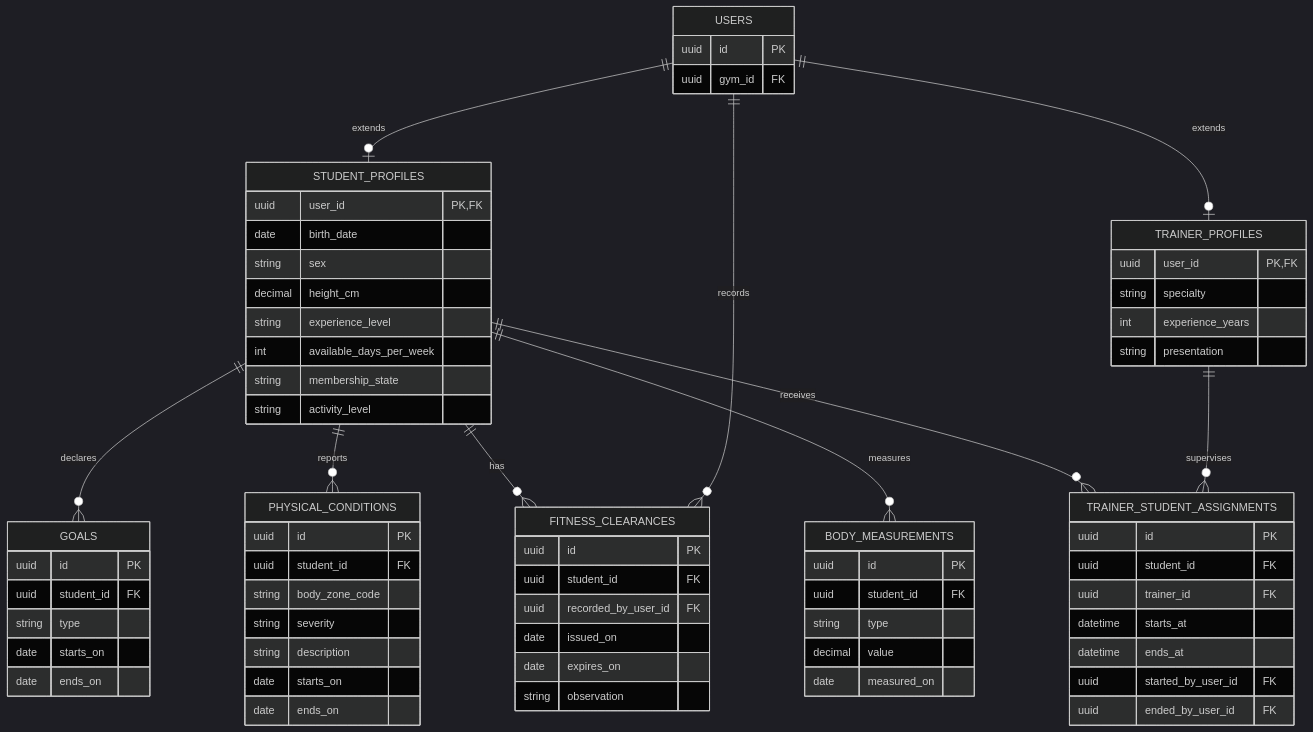
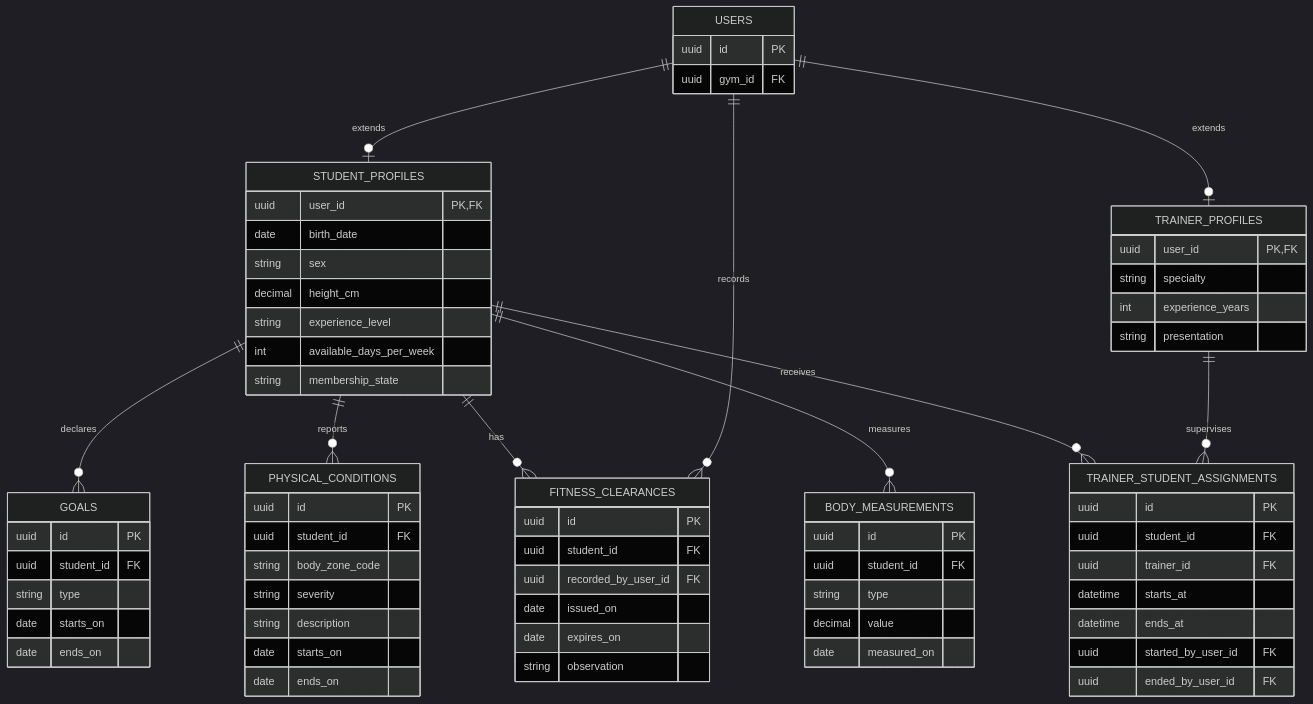
Before and after one commit to Maico-Zurbriggen/proyecto-gimnasio-documentacion: the third of 9 diagrams in architecture/database-relational-model.md, drawn with Mermaid (dark theme). The commit also changed other lines of this file and 12 other files, not shown here.

````diff
--- a/architecture/database-relational-model.md
+++ b/architecture/database-relational-model.md
@@ -138,73 +136,72 @@
 ```mermaid
 erDiagram
     USERS {
         uuid id PK
         uuid gym_id FK
     }
     STUDENT_PROFILES {
         uuid user_id PK,FK
         date birth_date
         string sex
         decimal height_cm
         string experience_level
         int available_days_per_week
         string membership_state
-        string activity_level
     }
     TRAINER_PROFILES {
         uuid user_id PK,FK
         string specialty
         int experience_years
         string presentation
     }
     GOALS {
         uuid id PK
         uuid student_id FK
         string type
         date starts_on
         date ends_on
     }
     PHYSICAL_CONDITIONS {
         uuid id PK
         uuid student_id FK
         string body_zone_code
         string severity
         string description
         date starts_on
         date ends_on
     }
     FITNESS_CLEARANCES {
         uuid id PK
         uuid student_id FK
         uuid recorded_by_user_id FK
         date issued_on
         date expires_on
         string observation
     }
     BODY_MEASUREMENTS {
         uuid id PK
         uuid student_id FK
         string type
         decimal value
         date measured_on
     }
     TRAINER_STUDENT_ASSIGNMENTS {
         uuid id PK
         uuid student_id FK
         uuid trainer_id FK
         datetime starts_at
         datetime ends_at
         uuid started_by_user_id FK
         uuid ended_by_user_id FK
     }
 
     USERS ||--o| STUDENT_PROFILES : extends
     USERS ||--o| TRAINER_PROFILES : extends
     STUDENT_PROFILES ||--o{ GOALS : declares
     STUDENT_PROFILES ||--o{ PHYSICAL_CONDITIONS : reports
     STUDENT_PROFILES ||--o{ FITNESS_CLEARANCES : has
     USERS ||--o{ FITNESS_CLEARANCES : records
     STUDENT_PROFILES ||--o{ BODY_MEASUREMENTS : measures
     STUDENT_PROFILES ||--o{ TRAINER_STUDENT_ASSIGNMENTS : receives
     TRAINER_PROFILES ||--o{ TRAINER_STUDENT_ASSIGNMENTS : supervises
 ```
````
